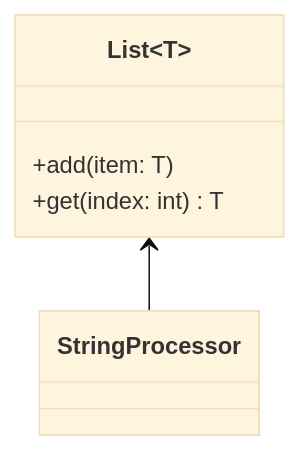
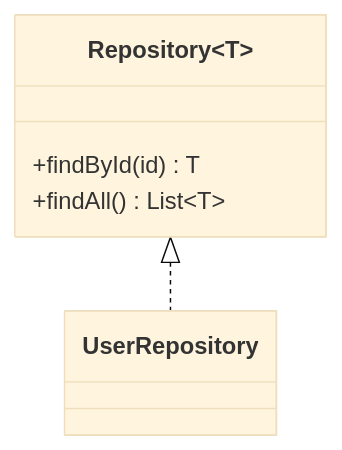
Before and after one commit to YongKyeom/agentic_engineering_settings: the second of 2 diagrams in skills/mermaid-diagrams/references/class-diagrams.md, drawn with Mermaid (base theme). The commit also changed other lines of this file and 15 other files, not shown here.

````diff
--- a/skills/mermaid-diagrams/references/class-diagrams.md
+++ b/skills/mermaid-diagrams/references/class-diagrams.md
@@ -172,9 +46,9 @@
 ```mermaid
 classDiagram
-    class List~T~ {
-        +add(item: T)
-        +get(index: int) T
+    class Repository~T~ {
+        +findById(id) T
+        +findAll() List~T~
     }
-    
-    List~String~ <-- StringProcessor
+    class UserRepository
+    Repository <|.. UserRepository
 ```
````
